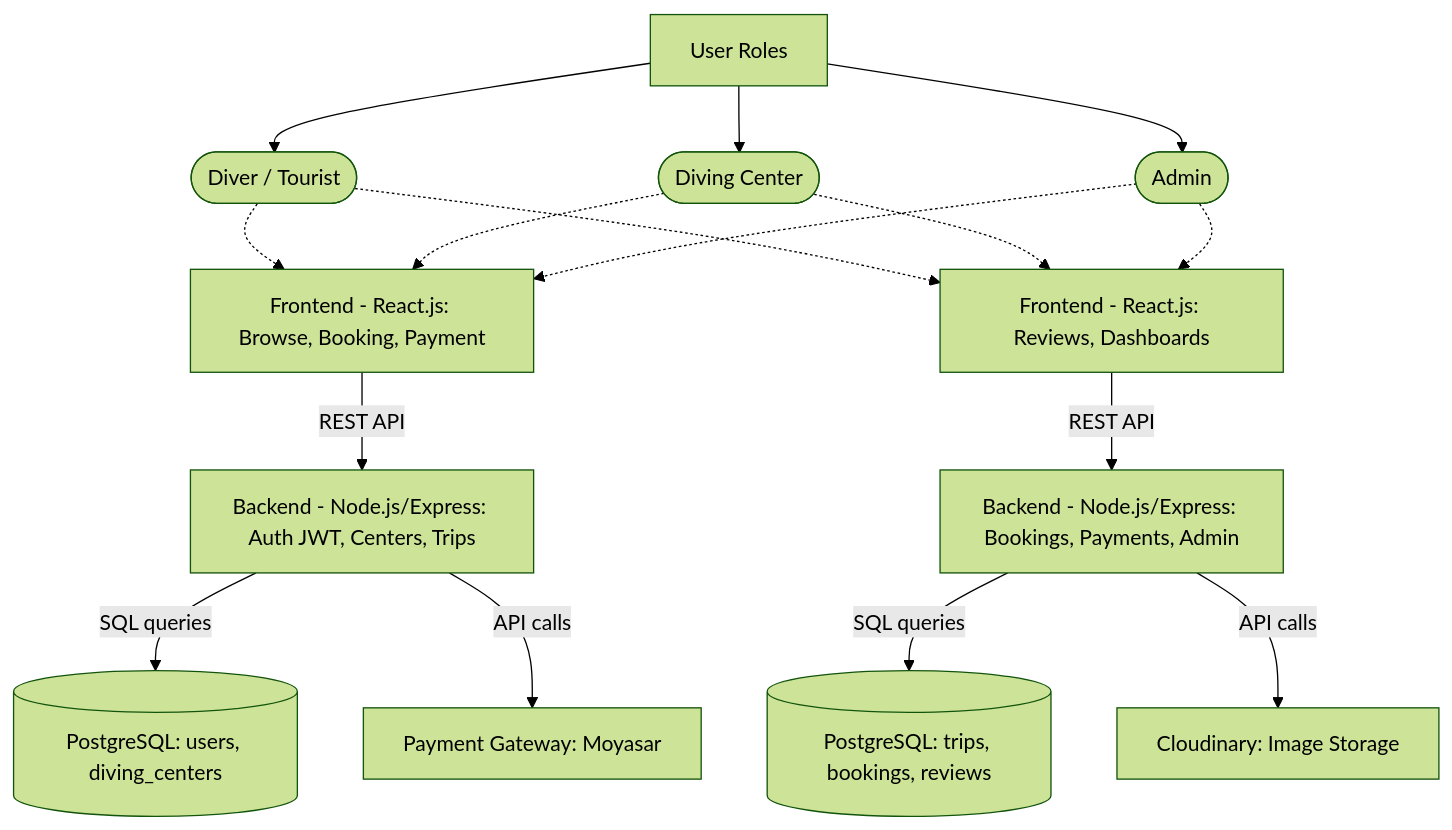
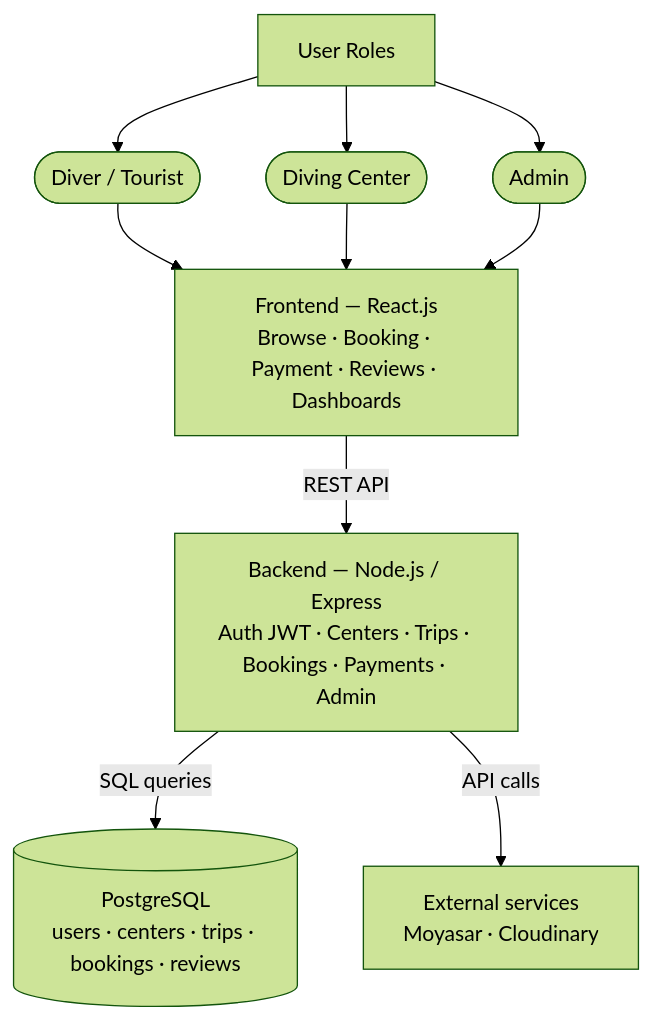
Before and after one commit to laradreamer79/Portfolio-Project: the first of 6 diagrams in stage3/README.md, drawn with Mermaid (forest theme).

Commit message:
refactor: simplify system architecture diagram to clean 4-layer layout

````diff
--- a/stage3/README.md
+++ b/stage3/README.md
@@ -81,33 +81,29 @@
 ```mermaid
 flowchart TB
     Roles[User Roles]
 
     Roles --> actor1([Diver / Tourist])
     Roles --> actor2([Diving Center])
     Roles --> actor3([Admin])
 
-    F1[Frontend - React.js: Browse, Booking, Payment]
-    F2[Frontend - React.js: Reviews, Dashboards]
-    B1[Backend - Node.js/Express: Auth JWT, Centers, Trips]
-    B2[Backend - Node.js/Express: Bookings, Payments, Admin]
-    D1[(PostgreSQL: users, diving_centers)]
-    D2[(PostgreSQL: trips, bookings, reviews)]
-    E1[Payment Gateway: Moyasar]
-    E2[Cloudinary: Image Storage]
+    actor1 --> FE
+    actor2 --> FE
+    actor3 --> FE
 
-    actor1 -.-> F1
-    actor1 -.-> F2
-    actor2 -.-> F1
-    actor2 -.-> F2
-    actor3 -.-> F1
-    actor3 -.-> F2
+    FE["Frontend — React.js
+Browse · Booking · Payment · Reviews · Dashboards"]
 
-    F1 -->|REST API| B1
-    F2 -->|REST API| B2
+    FE -->|REST API| BE
 
-    B1 -->|SQL queries| D1
-    B2 -->|SQL queries| D2
+    BE["Backend — Node.js / Express
+Auth JWT · Centers · Trips · Bookings · Payments · Admin"]
 
-    B1 -->|API calls| E1
-    B2 -->|API calls| E2
+    BE -->|SQL queries| DB
+    BE -->|API calls| EXT
+
+    DB[("PostgreSQL
+users · centers · trips · bookings · reviews")]
+
+    EXT["External services
+Moyasar · Cloudinary"]
 ```
````
